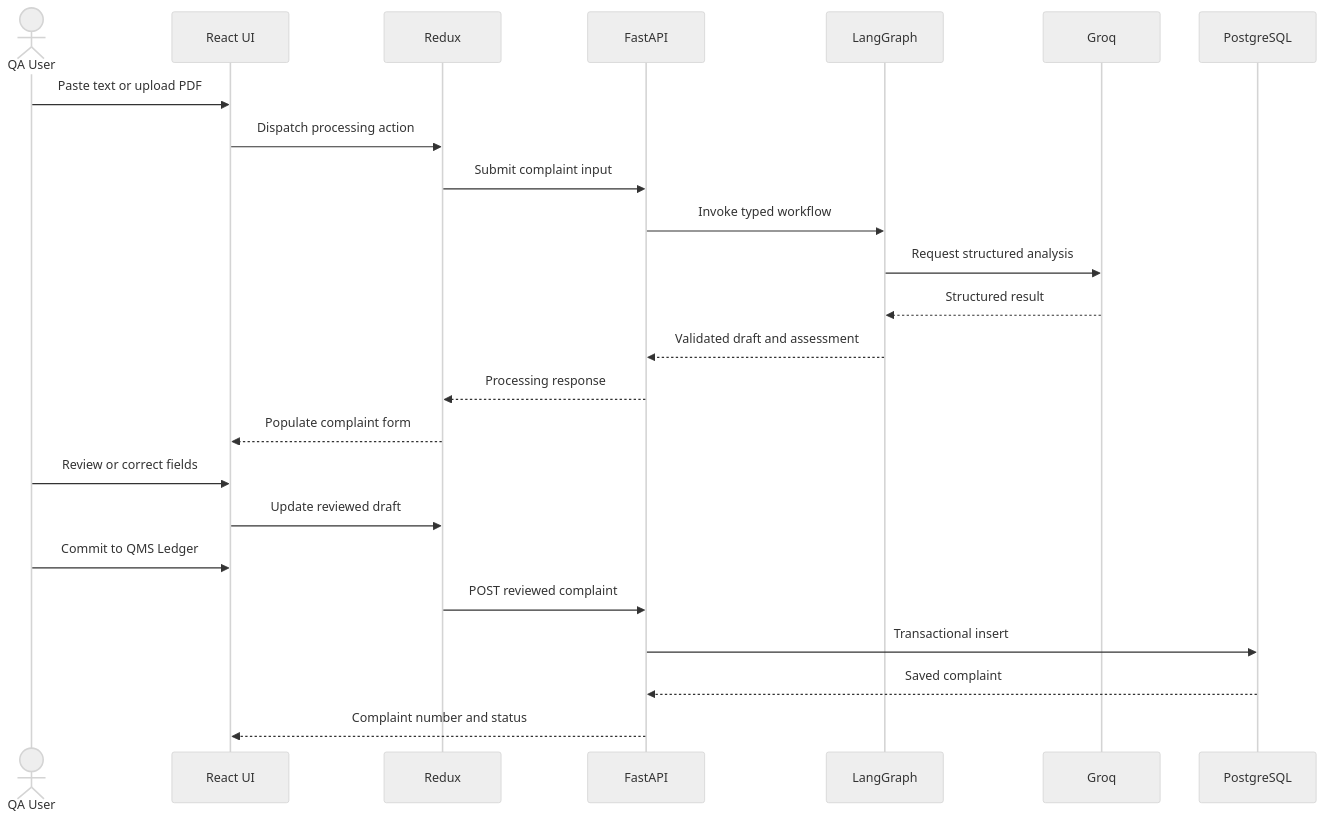
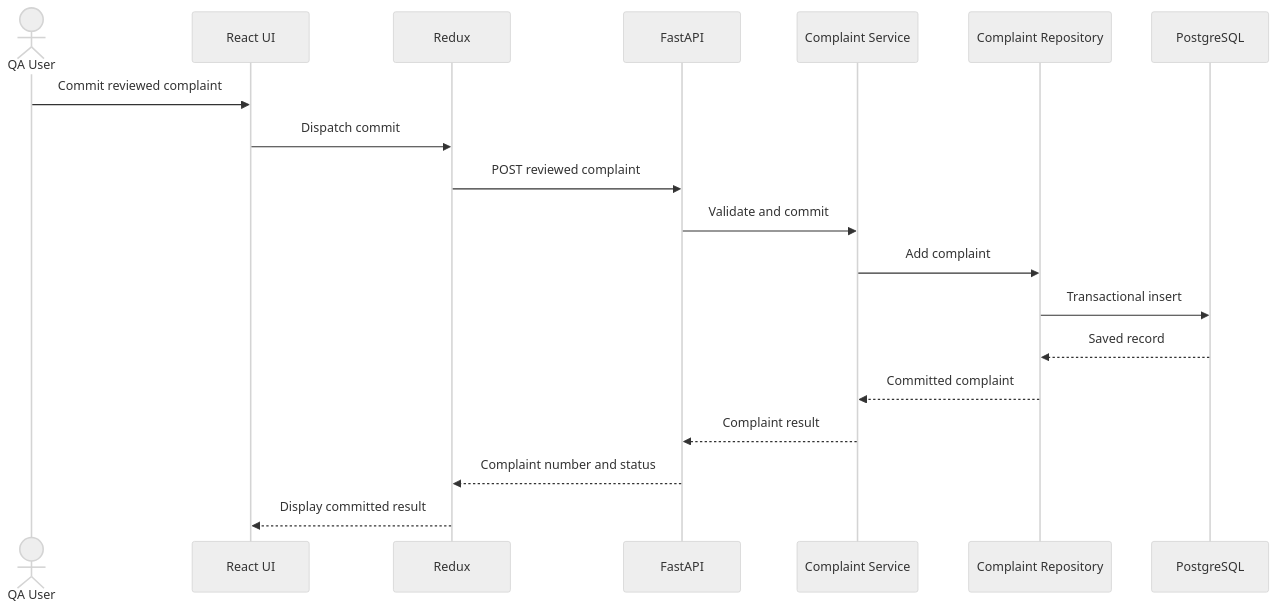
Before and after one commit to gaganakumarm/ai-pharma-complaint-qms: the third of 3 diagrams in docs/architecture.md, drawn with Mermaid (neutral theme). The commit also changed other lines of this file and 12 other files, not shown here.

````diff
--- a/docs/architecture.md
+++ b/docs/architecture.md
@@ -159,27 +159,22 @@
 ```mermaid
 sequenceDiagram
     actor User as QA User
     participant UI as React UI
     participant Store as Redux
     participant API as FastAPI
-    participant Graph as LangGraph
-    participant AI as Groq
+    participant Service as Complaint Service
+    participant Repo as Complaint Repository
     participant DB as PostgreSQL
 
-    User->>UI: Paste text or upload PDF
-    UI->>Store: Dispatch processing action
-    Store->>API: Submit complaint input
-    API->>Graph: Invoke typed workflow
-    Graph->>AI: Request structured analysis
-    AI-->>Graph: Structured result
-    Graph-->>API: Validated draft and assessment
-    API-->>Store: Processing response
-    Store-->>UI: Populate complaint form
-    User->>UI: Review or correct fields
-    UI->>Store: Update reviewed draft
-    User->>UI: Commit to QMS Ledger
+    User->>UI: Commit reviewed complaint
+    UI->>Store: Dispatch commit
     Store->>API: POST reviewed complaint
-    API->>DB: Transactional insert
-    DB-->>API: Saved complaint
-    API-->>UI: Complaint number and status
+    API->>Service: Validate and commit
+    Service->>Repo: Add complaint
+    Repo->>DB: Transactional insert
+    DB-->>Repo: Saved record
+    Repo-->>Service: Committed complaint
+    Service-->>API: Complaint result
+    API-->>Store: Complaint number and status
+    Store-->>UI: Display committed result
 ```
````
